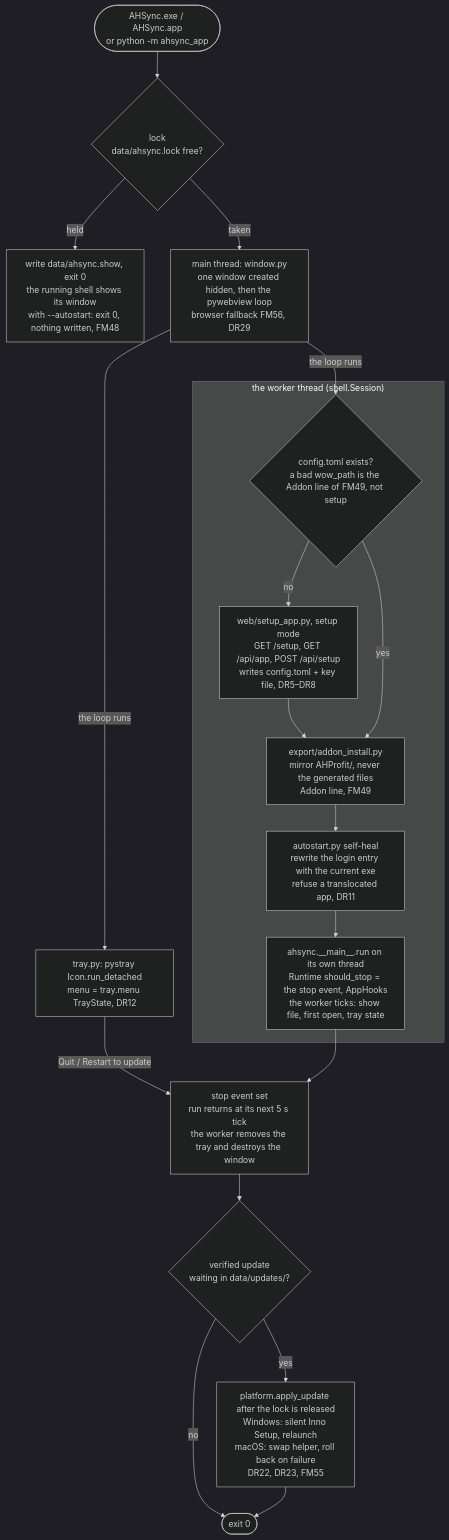
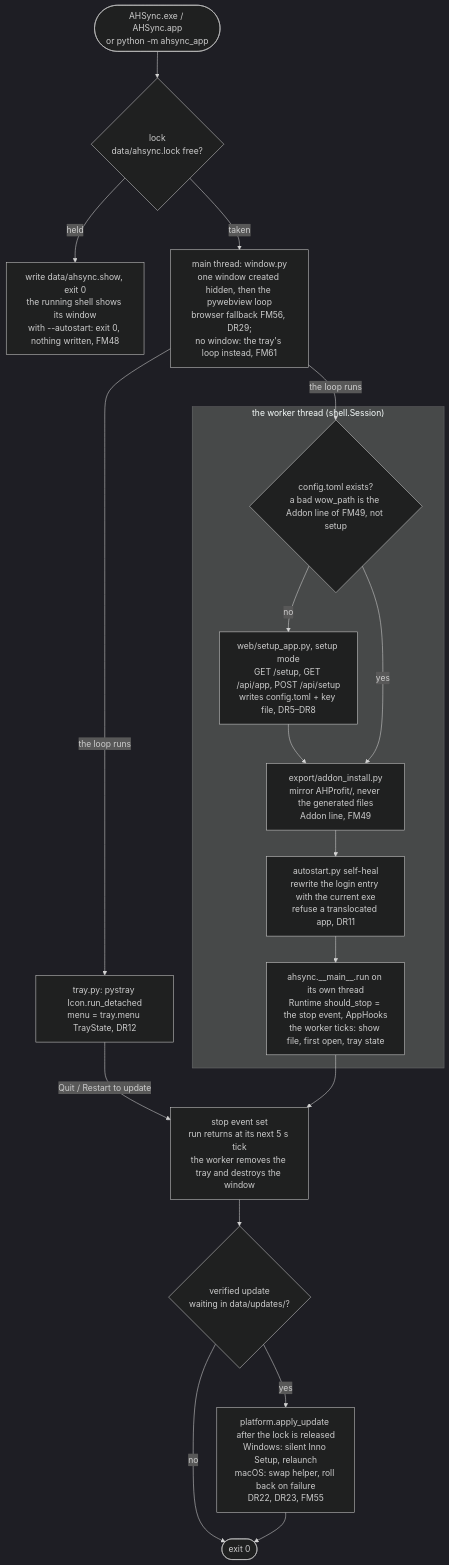
Before and after one commit to ctng1213/WowAuction: the fifth of 8 diagrams in docs/ARCHITECTURE.md, drawn with Mermaid (dark theme). The commit also changed other lines of this file and 11 other files, not shown here.

````diff
--- a/docs/ARCHITECTURE.md
+++ b/docs/ARCHITECTURE.md
@@ -149,22 +149,22 @@
 ```mermaid
 flowchart TD
   Start([AHSync.exe / AHSync.app<br/>or python -m ahsync_app]) --> Lock{lock<br/>data/ahsync.lock free?}
   Lock -- held --> Show[write data/ahsync.show, exit 0<br/>the running shell shows its window<br/>with --autostart: exit 0, nothing written, FM48]
-  Lock -- taken --> Win[main thread: window.py<br/>one window created hidden, then the pywebview loop<br/>browser fallback FM56, DR29]
+  Lock -- taken --> Win[main thread: window.py<br/>one window created hidden, then the pywebview loop<br/>browser fallback FM56, DR29;<br/>no window: the tray's loop instead, FM61]
   Win -- the loop runs --> Tray[tray.py: pystray Icon.run_detached<br/>menu = tray.menu TrayState, DR12]
   Win -- the loop runs --> Cfg
   subgraph Worker["the worker thread (shell.Session)"]
     Cfg{config.toml exists?<br/>a bad wow_path is the Addon line of FM49, not setup}
     Cfg -- no --> Setup[web/setup_app.py, setup mode<br/>GET /setup, GET /api/app, POST /api/setup<br/>writes config.toml + key file, DR5–DR8]
     Setup --> Addon
     Cfg -- yes --> Addon[export/addon_install.py<br/>mirror AHProfit/, never the generated files<br/>Addon line, FM49]
     Addon --> Heal[autostart.py self-heal<br/>rewrite the login entry with the current exe<br/>refuse a translocated app, DR11]
     Heal --> Run[ahsync.__main__.run on its own thread<br/>Runtime should_stop = the stop event, AppHooks<br/>the worker ticks: show file, first open, tray state]
   end
   Tray -- Quit / Restart to update --> Stop[stop event set<br/>run returns at its next 5 s tick<br/>the worker removes the tray and destroys the window]
   Run --> Stop
   Stop --> Pending{verified update<br/>waiting in data/updates/?}
   Pending -- no --> Exit([exit 0])
   Pending -- yes --> Apply[platform.apply_update after the lock is released<br/>Windows: silent Inno Setup, relaunch<br/>macOS: swap helper, roll back on failure<br/>DR22, DR23, FM55]
   Apply --> Exit
 ```
````
